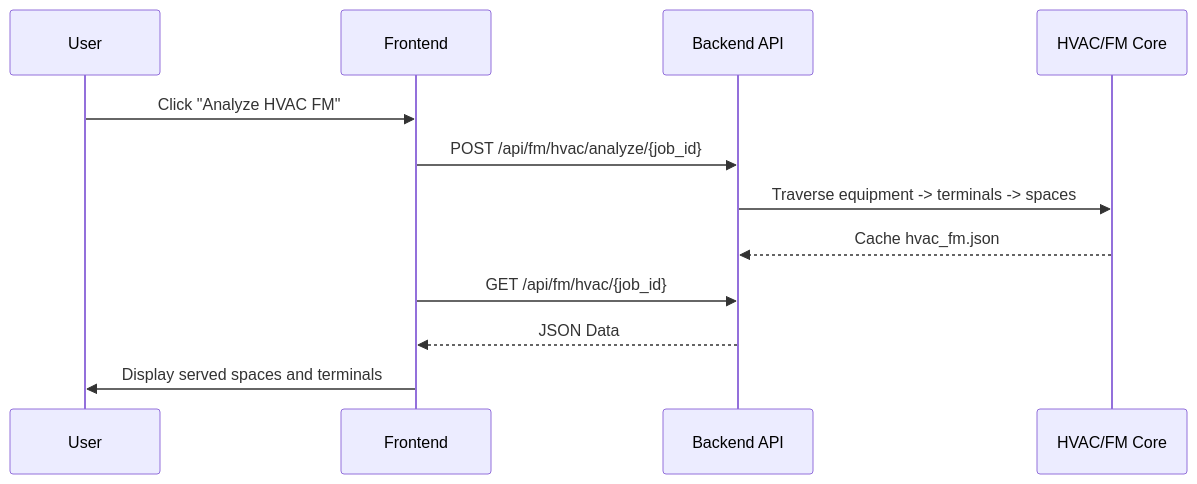
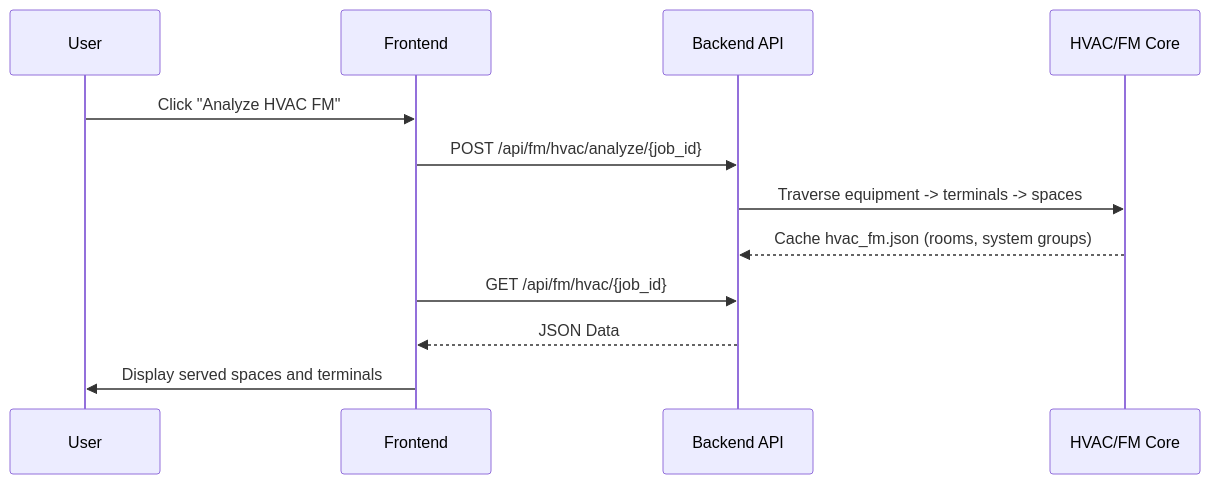
Before and after one commit to Naveendinula/DigitalTwin: the fifth of 6 diagrams in SYSTEM_MAP.md, drawn with Mermaid. The commit also changed other lines of this file and 2 other files, not shown here.

First line of the commit message:
Update docs for HVAC/FM enrichment and space overlays

````diff
--- a/SYSTEM_MAP.md
+++ b/SYSTEM_MAP.md
@@ -158,15 +160,15 @@
 ```mermaid
 sequenceDiagram
     participant User
     participant UI as Frontend
     participant API as Backend API
     participant Core as HVAC/FM Core
 
     User->>UI: Click "Analyze HVAC FM"
     UI->>API: POST /api/fm/hvac/analyze/{job_id}
     API->>Core: Traverse equipment -> terminals -> spaces
-    Core-->>API: Cache hvac_fm.json
+    Core-->>API: Cache hvac_fm.json (rooms, system groups)
     UI->>API: GET /api/fm/hvac/{job_id}
     API-->>UI: JSON Data
     UI->>User: Display served spaces and terminals
 ```
````
